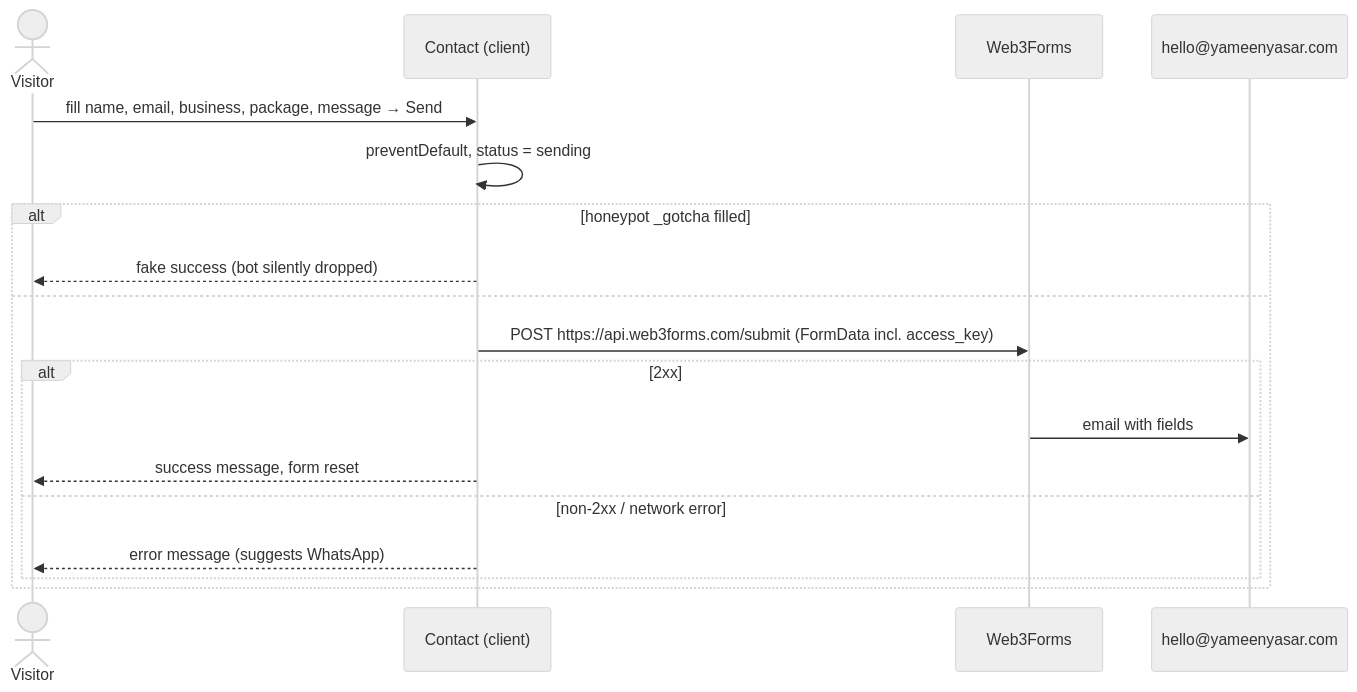
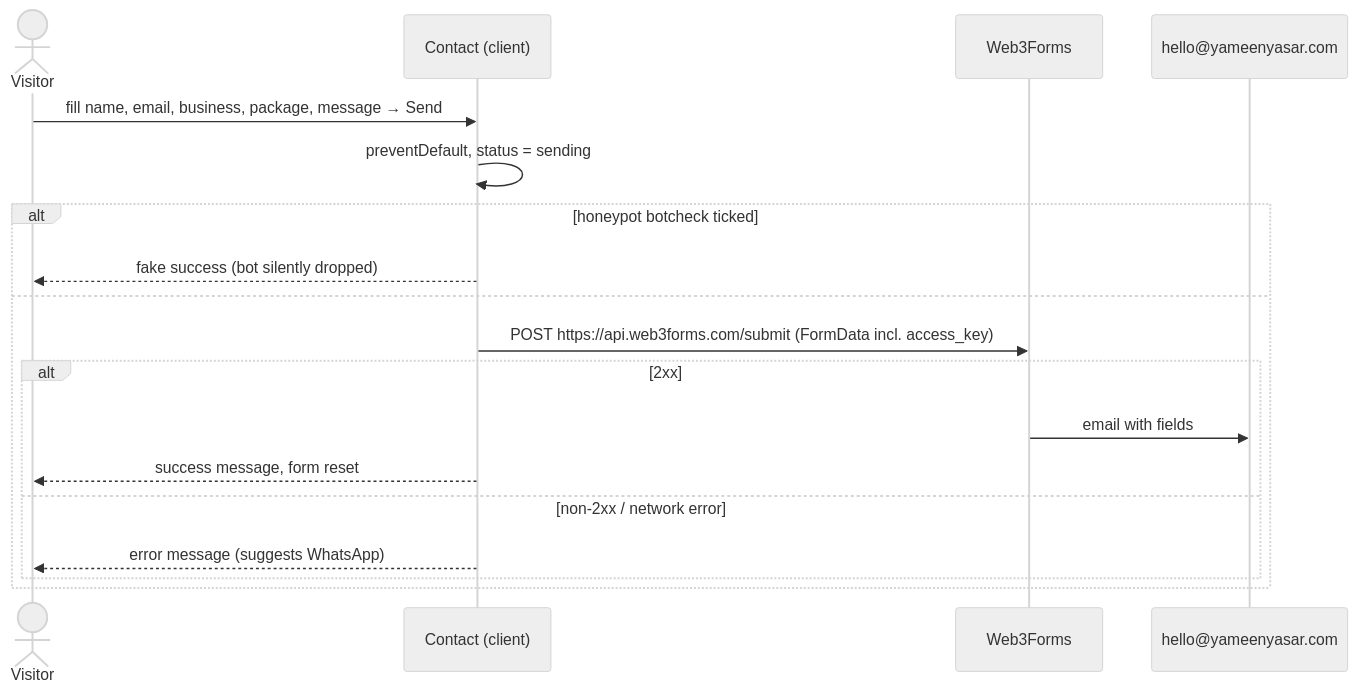
The seventh of 7 diagrams in ARCHITECTURE.md (Anan-kh666/YameenYasarStudio), drawn with Mermaid (neutral theme) before and after one commit. The commit also changed other lines of this file and 2 other files, not shown here.

````diff
--- a/ARCHITECTURE.md
+++ b/ARCHITECTURE.md
@@ -366,20 +367,20 @@
 ```mermaid
 sequenceDiagram
   actor U as Visitor
   participant C as Contact (client)
   participant W as Web3Forms
   participant M as hello@yameenyasar.com
   U->>C: fill name, email, business, package, message → Send
   C->>C: preventDefault, status = sending
-  alt honeypot _gotcha filled
+  alt honeypot botcheck ticked
     C-->>U: fake success (bot silently dropped)
   else
     C->>W: POST https://api.web3forms.com/submit (FormData incl. access_key)
     alt 2xx
       W->>M: email with fields
       C-->>U: success message, form reset
     else non-2xx / network error
       C-->>U: error message (suggests WhatsApp)
     end
   end
 ```
````
